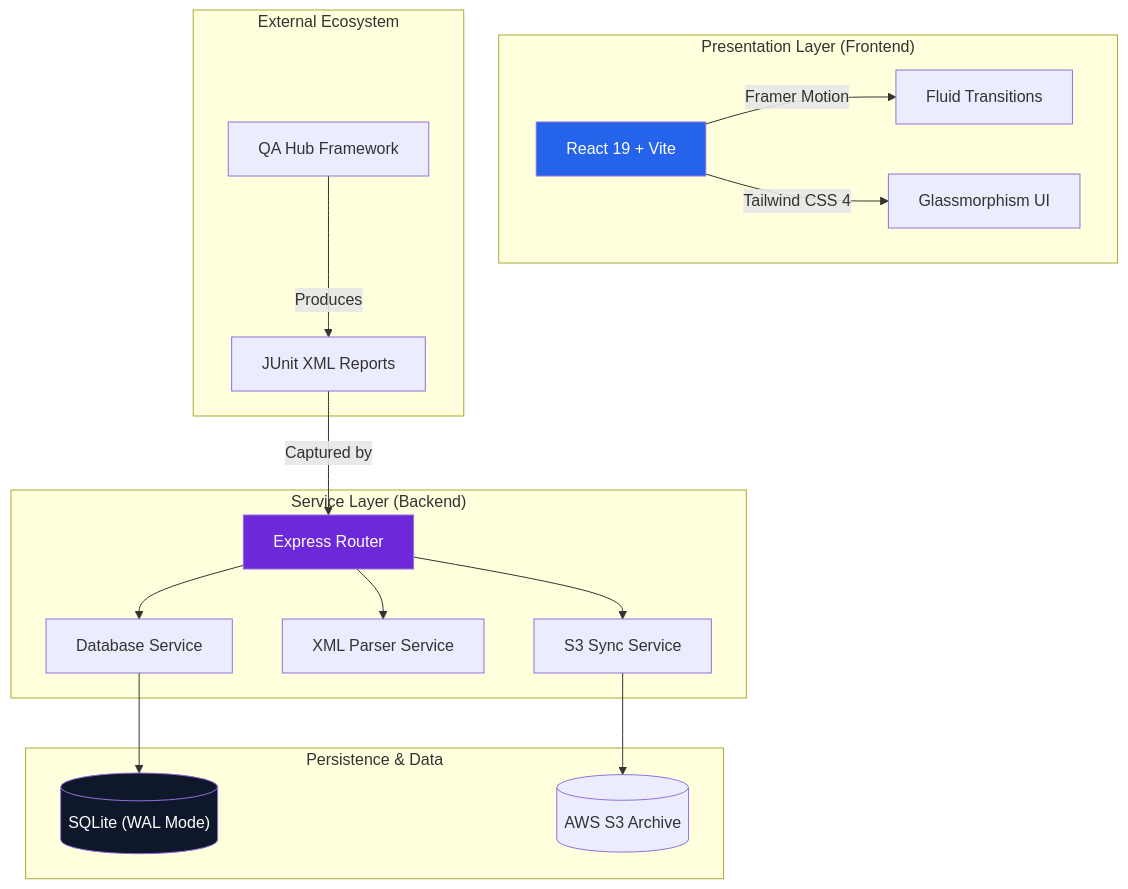
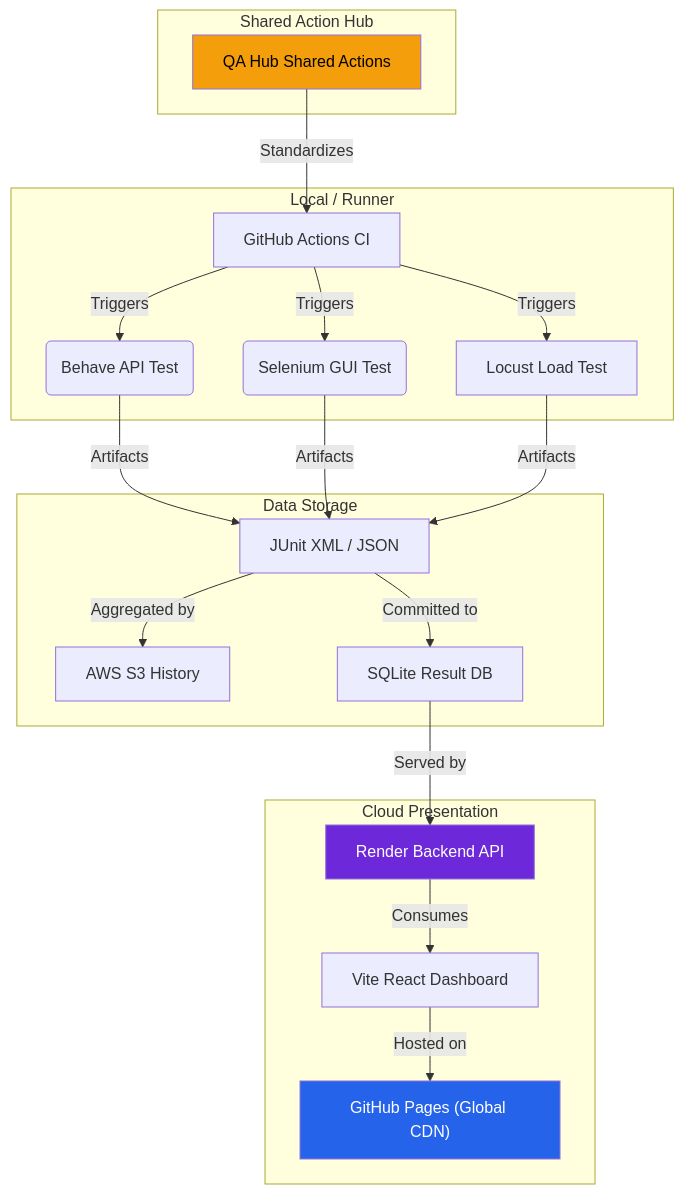
One commit to carlos-camara/dashboard changed the diagram in README.md. Above: the diagram before and after it, drawn with Mermaid. The commit also changed other lines of this file and 32 other files, not shown here.

````diff
--- a/README.md
+++ b/README.md
@@ -44,27 +74,28 @@
 ```mermaid
 graph TD
-    subgraph "Presentation Layer (Frontend)"
-        UI["React 19 + Vite"] -->|Framer Motion| ANIM["Fluid Transitions"]
-        UI -->|Tailwind CSS 4| GLASS["Glassmorphism UI"]
+    subgraph "Local / Runner"
+        A["GitHub Actions CI"] -->|Triggers| B("Behave API Test")
+        A -->|Triggers| C("Selenium GUI Test")
+        A -->|Triggers| L["Locust Load Test"]
     end
 
-    subgraph "Service Layer (Backend)"
-        API["Express Router"] --> S3["S3 Sync Service"]
-        API --> PARSE["XML Parser Service"]
-        API --> DB_SERV["Database Service"]
+    subgraph "Shared Action Hub"
+        D["QA Hub Shared Actions"] -->|Standardizes| A
     end
 
-    subgraph "Persistence & Data"
-        DB_SERV --> SQLITE[("SQLite (WAL Mode)")]
-        S3 --> AWS[("AWS S3 Archive")]
+    subgraph "Data Storage"
+        B & C & L -->|Artifacts| E["JUnit XML / JSON"]
+        E -->|Aggregated by| S3["AWS S3 History"]
+        E -->|Committed to| DB["SQLite Result DB"]
     end
 
-    subgraph "External Ecosystem"
-        QA_HUB["QA Hub Framework"] -->|Produces| XML["JUnit XML Reports"]
-        XML -->|Captured by| API
+    subgraph "Cloud Presentation"
+        DB -->|Served by| G["Render Backend API"]
+        G -->|Consumes| H["Vite React Dashboard"]
+        H -->|Hosted on| P["GitHub Pages (Global CDN)"]
     end
     
-    style API fill:#6d28d9,color:#fff
-    style UI fill:#2563eb,color:#fff
-    style SQLITE fill:#0f172a,color:#fff
+    style G fill:#6d28d9,color:#fff
+    style P fill:#2563eb,color:#fff
+    style D fill:#f59e0b,color:#000
 ```
````
